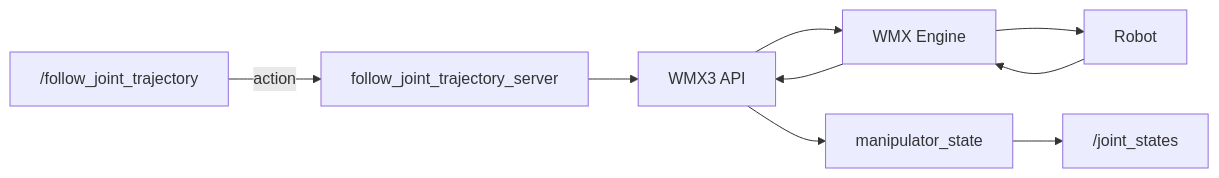
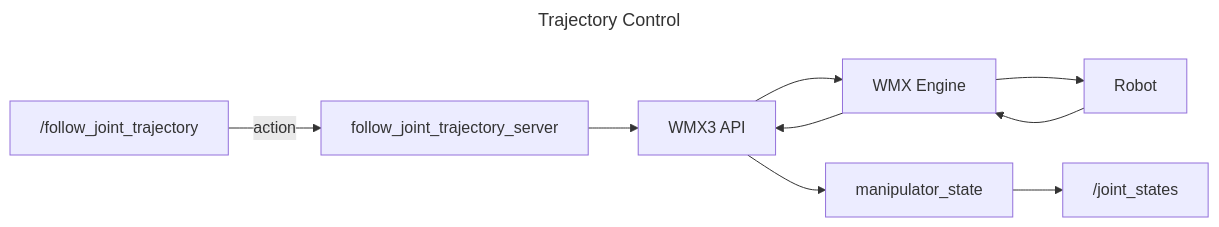
Before and after one commit to movensys/wmx-ros2: the second of 2 diagrams in README.md, drawn with Mermaid. The commit also changed other lines of this file, not shown here.

Commit message:
Change mermaid title and format

````diff
--- a/README.md
+++ b/README.md
@@ -29,11 +32,14 @@
 ```mermaid
+---
+title: Trajectory Control
+---
 graph LR
-    A["/follow_joint_trajectory"] -->|action| B[follow_joint_trajectory_server]
-    B --> C[WMX3 API]
-    C --> D[WMX Engine]
-    D --> E[Robot]
-    E --> D[WMX Engine]
-    D --> C[WMX3 API]
-    C --> F[manipulator_state]
-    F --> G["/joint_states"]
+    A["/follow_joint_trajectory"] -->|action| B[follow_joint_trajectory_server];
+    B --> C[WMX3 API];
+    C --> D[WMX Engine];
+    D --> E[Robot];
+    E --> D[WMX Engine];
+    D --> C[WMX3 API];
+    C --> F[manipulator_state];
+    F --> G["/joint_states"];
 ```
````
